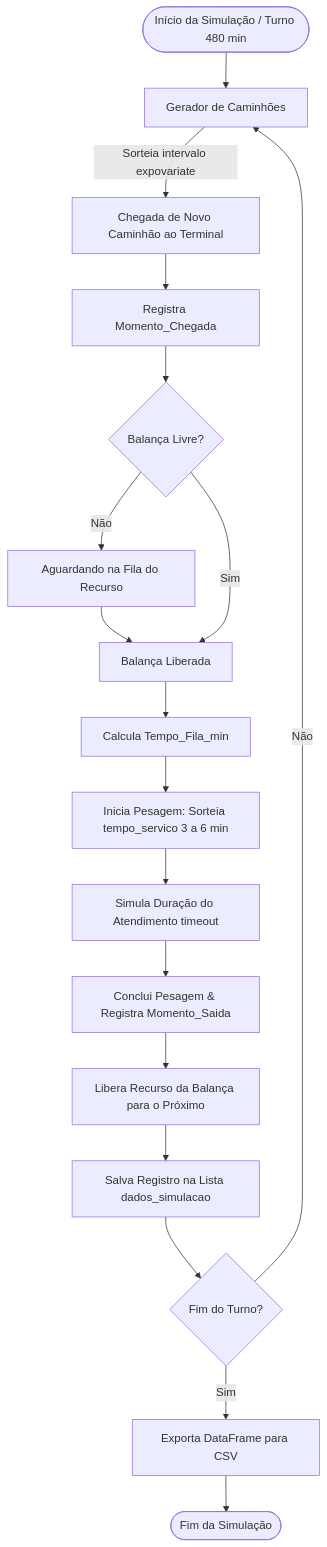
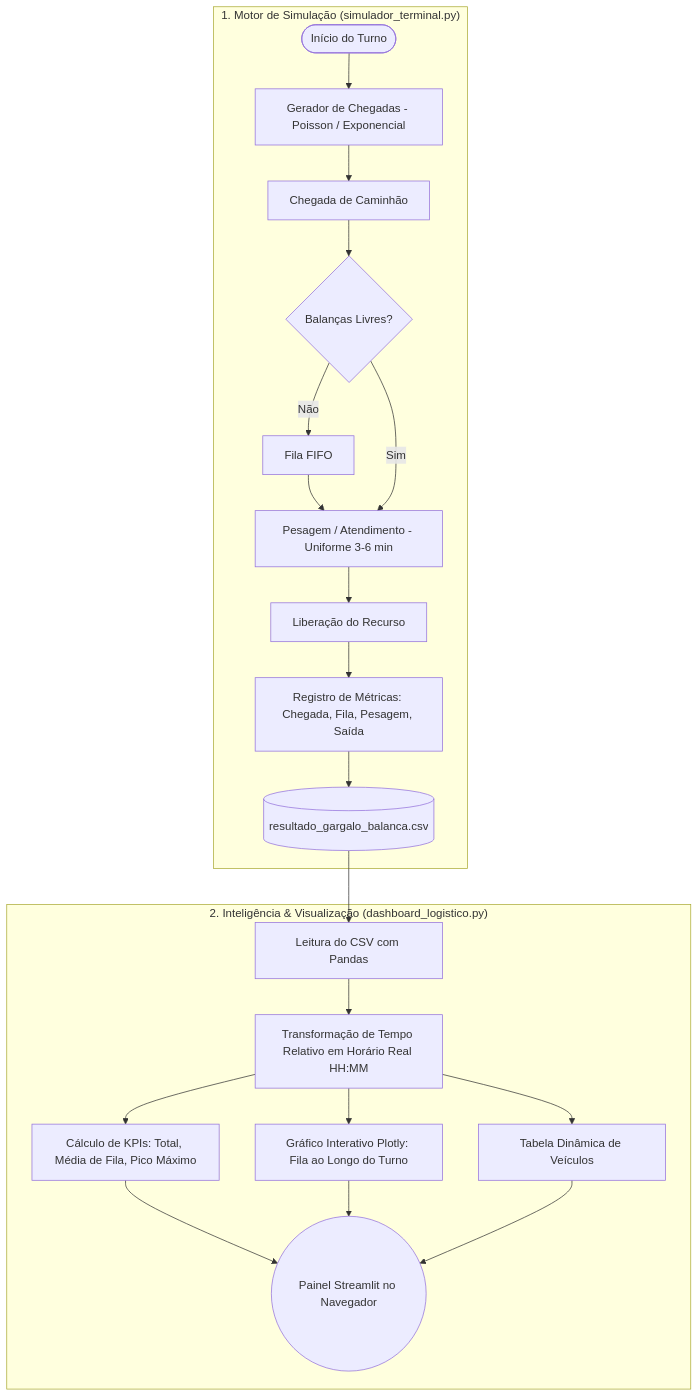
One commit to luanazevedo7/TerminalFlow_Simulador_Logistica changed the diagram in README.md. Above: the diagram before and after it, drawn with Mermaid. The commit also changed other lines of this file and 4 other files, not shown here.

Commit message:
adicionar dashboard interativo em streamlit e atualizar documentacao README.md

````diff
--- a/README.md
+++ b/README.md
@@ -28,20 +31,25 @@
 ```mermaid
 flowchart TD
-    A([Início da Simulação / Turno 480 min]) --> B[Gerador de Caminhões]
-    B -->|Sorteia intervalo expovariate| C[Chegada de Novo Caminhão ao Terminal]
-    C --> D[Registra Momento_Chegada]
-    D --> E{Balança Livre?}
-    E -- Não --> F[Aguardando na Fila do Recurso]
-    F --> G[Balança Liberada]
-    E -- Sim --> G
-    G --> H[Calcula Tempo_Fila_min]
-    H --> I[Inicia Pesagem: Sorteia tempo_servico 3 a 6 min]
-    I --> J[Simula Duração do Atendimento timeout]
-    J --> K[Conclui Pesagem & Registra Momento_Saida]
-    K --> L[Libera Recurso da Balança para o Próximo]
-    L --> M[Salva Registro na Lista dados_simulacao]
-    M --> N{Fim do Turno?}
-    N -- Não --> B
-    N -- Sim --> O[Exporta DataFrame para CSV]
-    O --> P([Fim da Simulação])
+    subgraph Simulação ["1. Motor de Simulação (simulador_terminal.py)"]
+        A([Início do Turno]) --> B[Gerador de Chegadas - Poisson / Exponencial]
+        B --> C[Chegada de Caminhão]
+        C --> D{Balanças Livres?}
+        D -- Não --> E[Fila FIFO]
+        E --> F[Pesagem / Atendimento - Uniforme 3-6 min]
+        D -- Sim --> F
+        F --> G[Liberação do Recurso]
+        G --> H[Registro de Métricas: Chegada, Fila, Pesagem, Saída]
+        H --> I[(resultado_gargalo_balanca.csv)]
+    end
+
+    subgraph Dashboard ["2. Inteligência & Visualização (dashboard_logistico.py)"]
+        I --> J[Leitura do CSV com Pandas]
+        J --> K[Transformação de Tempo Relativo em Horário Real HH:MM]
+        K --> L[Cálculo de KPIs: Total, Média de Fila, Pico Máximo]
+        K --> M[Gráfico Interativo Plotly: Fila ao Longo do Turno]
+        K --> N[Tabela Dinâmica de Veículos]
+        L --> O((Painel Streamlit no Navegador))
+        M --> O
+        N --> O
+    end
 ```
````
